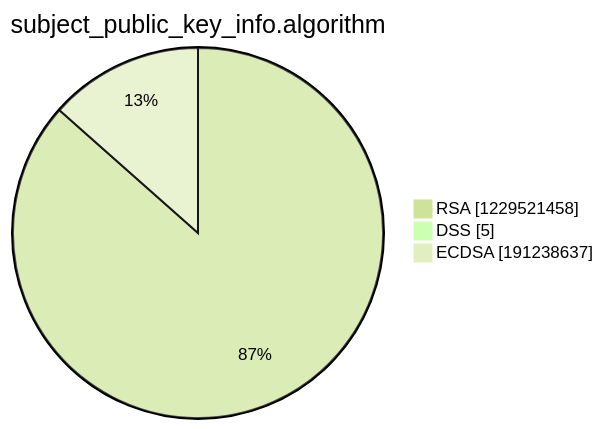
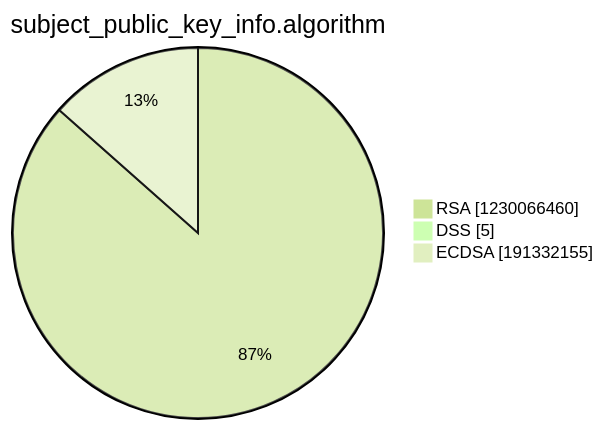
One commit to christiankrug/ctmonitor_visualization changed the third of 15 diagrams in argon2022/README.md. Above: the diagram before and after it, drawn with Mermaid (forest theme). The commit also changed other lines of this file, not shown here.

````diff
--- a/argon2022/README.md
+++ b/argon2022/README.md
@@ -14,7 +14,7 @@
 ```mermaid
 pie showData
 title subject_public_key_info.algorithm
-"RSA" :1229521458
+"RSA" :1230066460
 "DSS" :5
-"ECDSA" :191238637
+"ECDSA" :191332155
 ```
````
